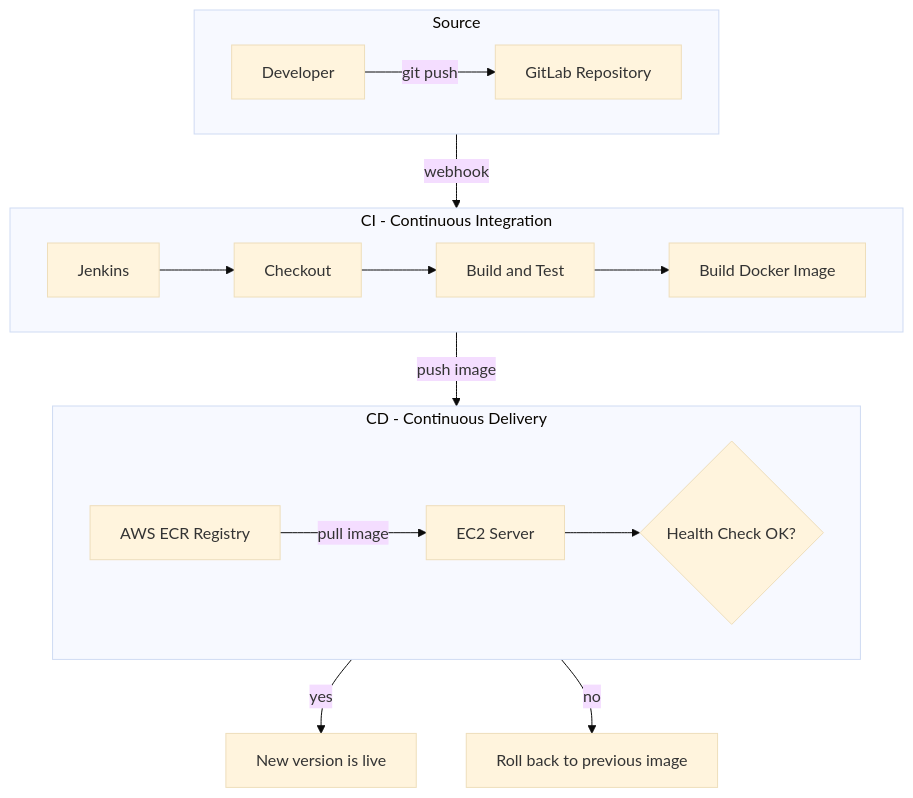
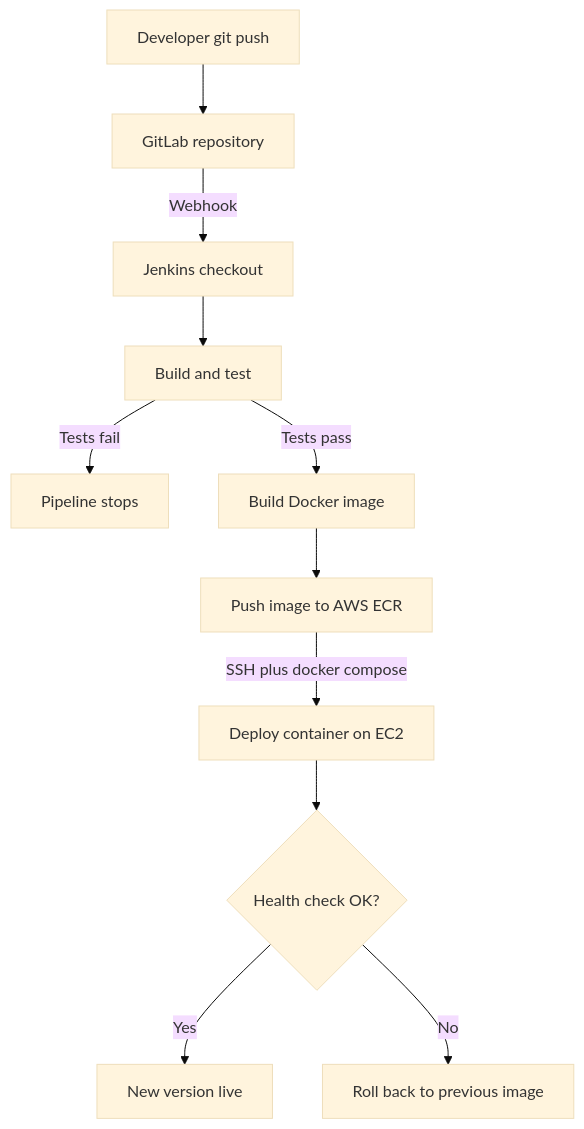
Before and after one commit to maroowe-wan/maroowe-wan.github.io: the diagram in courses/devops-pipeline-ec2/lectures/01_cicd-pipeline-overview/content.en.md, drawn with Mermaid (base theme). The commit also changed other lines of this file and 202 other files, not shown here.

````diff
--- a/courses/devops-pipeline-ec2/lectures/01_cicd-pipeline-overview/content.en.md
+++ b/courses/devops-pipeline-ec2/lectures/01_cicd-pipeline-overview/content.en.md
@@ -61,19 +59,13 @@
-```mermaid The end-to-end CI/CD pipeline you will build
-flowchart TB
-    subgraph SRC["Source"]
-        direction LR
-        Dev["Developer"] -->|git push| GitLab["GitLab Repository"]
-    end
-    subgraph CI["CI - Continuous Integration"]
-        direction LR
-        Jenkins["Jenkins"] --> Checkout["Checkout"] --> BuildTest["Build and Test"] --> BuildImage["Build Docker Image"]
-    end
-    subgraph CD["CD - Continuous Delivery"]
-        direction LR
-        ECR["AWS ECR Registry"] -->|pull image| EC2["EC2 Server"] --> HealthCheck{"Health Check OK?"}
-    end
-    GitLab -->|webhook| Jenkins
-    BuildImage -->|push image| ECR
-    HealthCheck -->|yes| Live["New version is live"]
-    HealthCheck -->|no| Rollback["Roll back to previous image"]
+```mermaid End-to-end CI/CD pipeline from GitLab push to EC2 deployment
+flowchart TD
+    Dev["Developer git push"] --> GitLab["GitLab repository"]
+    GitLab -->|Webhook| Jenkins["Jenkins checkout"]
+    Jenkins --> BuildTest["Build and test"]
+    BuildTest -->|Tests fail| Stop["Pipeline stops"]
+    BuildTest -->|Tests pass| Image["Build Docker image"]
+    Image --> ECR["Push image to AWS ECR"]
+    ECR -->|SSH plus docker compose| EC2["Deploy container on EC2"]
+    EC2 --> Health{"Health check OK?"}
+    Health -->|Yes| Live["New version live"]
+    Health -->|No| Rollback["Roll back to previous image"]
 ```
````
